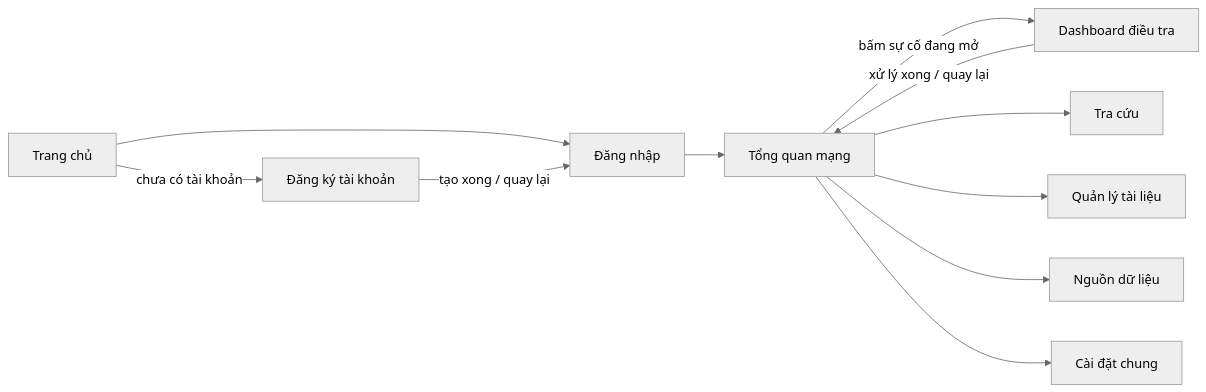
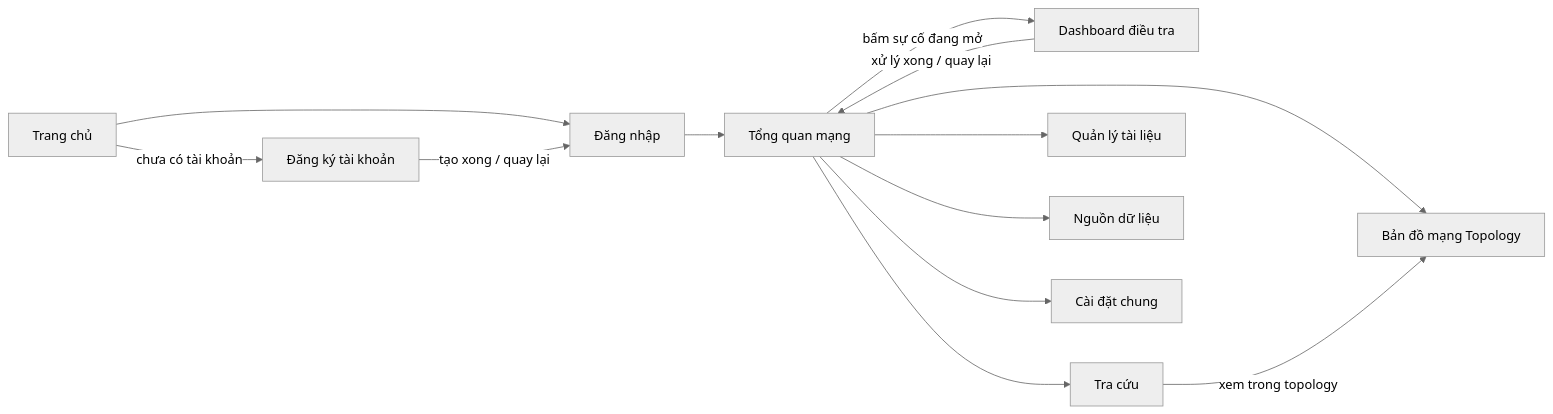
Before and after one commit to RainAllDay-vn/graduation-project: the diagram in docs/week04-ui-ux-design/app-pages.md, drawn with Mermaid (neutral theme). The commit also changed other lines of this file and 12 other files, not shown here.

````diff
--- a/docs/week04-ui-ux-design/app-pages.md
+++ b/docs/week04-ui-ux-design/app-pages.md
@@ -33,13 +34,15 @@
 ```mermaid
 flowchart LR
     LAND[Trang chủ] --> LOGIN[Đăng nhập]
     LAND -->|chưa có tài khoản| SIGNUP[Đăng ký tài khoản]
     LOGIN --> OV[Tổng quan mạng]
     SIGNUP -->|tạo xong / quay lại| LOGIN
     OV -->|bấm sự cố đang mở| DASH[Dashboard điều tra]
     DASH -->|xử lý xong / quay lại| OV
+    OV --> TOPO[Bản đồ mạng Topology]
     OV --> TC[Tra cứu]
+    TC -->|xem trong topology| TOPO
     OV --> DOCS[Quản lý tài liệu]
     OV --> SRC[Nguồn dữ liệu]
     OV --> SET[Cài đặt chung]
 ```
````
